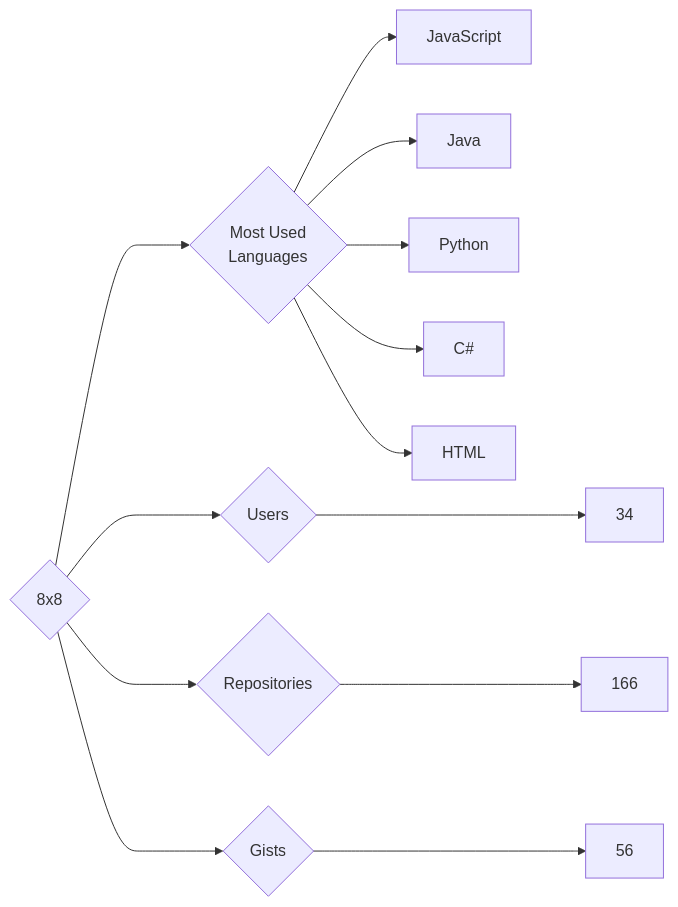
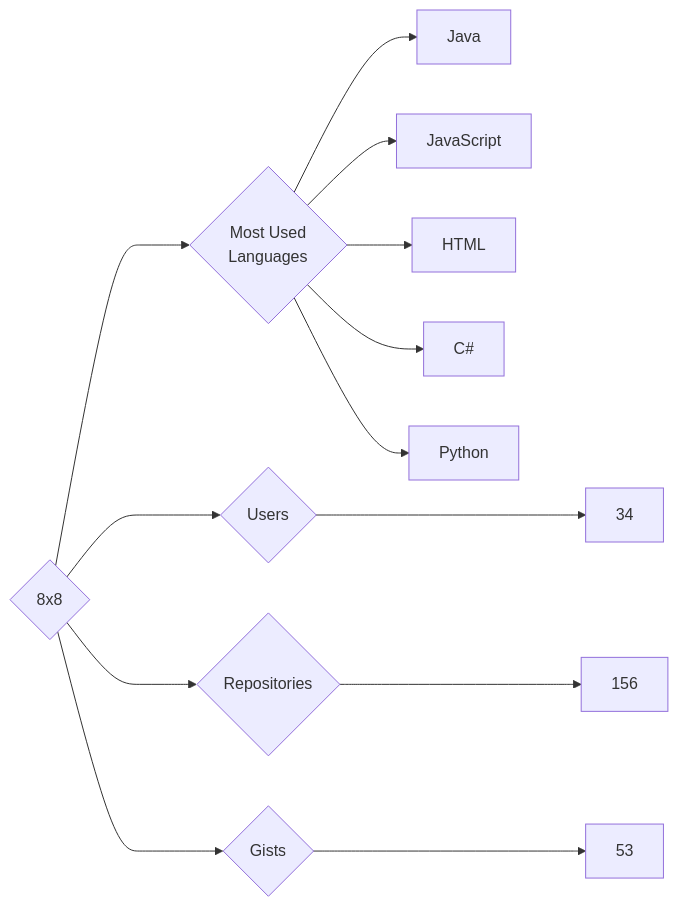
One commit to trickest/insiders changed the diagram in targets/8x8/README.md. Above: the diagram before and after it, drawn with Mermaid. The commit also changed 894 other files, not shown here.

````diff
--- a/targets/8x8/README.md
+++ b/targets/8x8/README.md
@@ -3,13 +3,13 @@
 ```mermaid
 graph LR
 COMPANY_NAME{8x8}
 COMPANY_NAME ---> U{Users} ---> UN[34]
-COMPANY_NAME ---> R{Repositories} ---> RN[166]
-COMPANY_NAME ---> G{Gists} ---> GN[56]
+COMPANY_NAME ---> R{Repositories} ---> RN[156]
+COMPANY_NAME ---> G{Gists} ---> GN[53]
 COMPANY_NAME ---> ML{Most Used<br>Languages}
+ML --> Java[Java]
 ML --> JavaScript[JavaScript]
-ML --> Java[Java]
+ML --> HTML[HTML]
+ML --> C#[C#]
 ML --> Python[Python]
-ML --> C#[C#]
-ML --> HTML[HTML]
 ```
````
